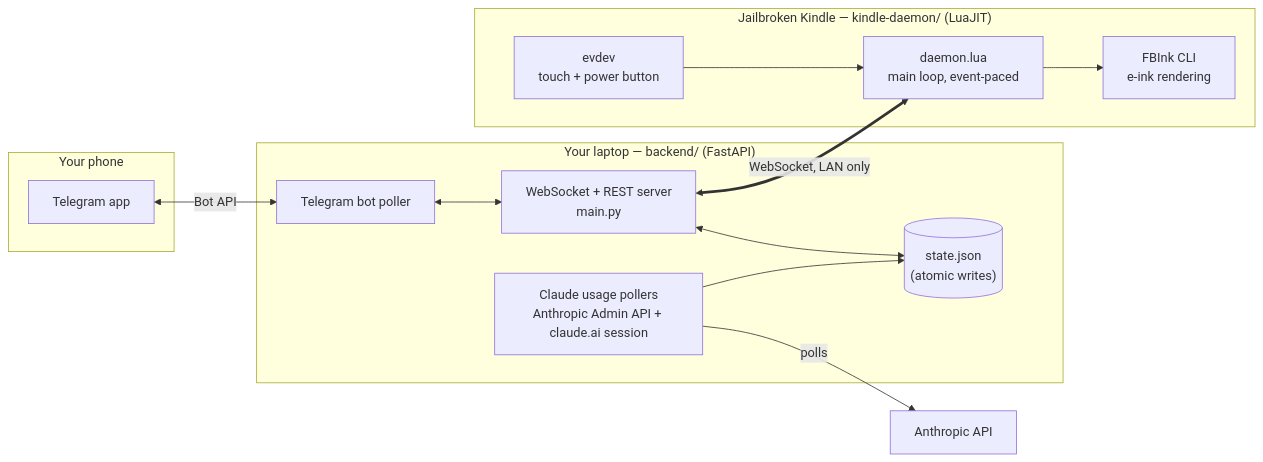
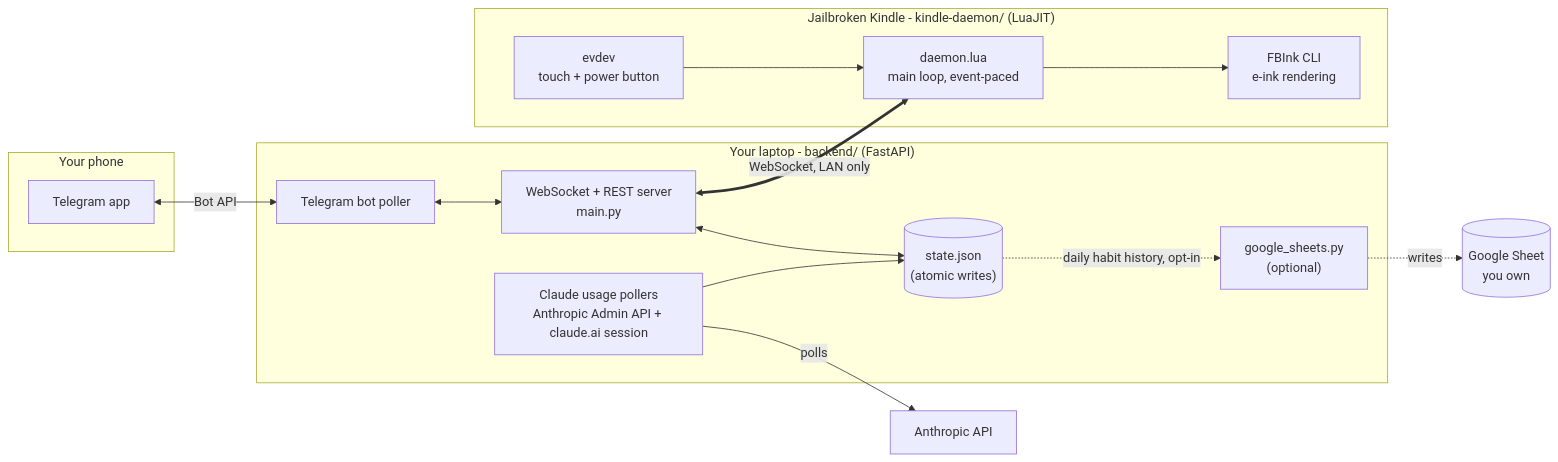
Before and after one commit to deckerwastaken/Kindle-Personal-Dashboard: the diagram in README.md, drawn with Mermaid. The commit also changed other lines of this file and 28 other files, not shown here.

````diff
--- a/README.md
+++ b/README.md
@@ -46,28 +49,31 @@
 ```mermaid
 flowchart LR
     subgraph Phone["Your phone"]
         TG["Telegram app"]
     end
 
-    subgraph Laptop["Your laptop — backend/ (FastAPI)"]
+    subgraph Laptop["Your laptop - backend/ (FastAPI)"]
         BOT["Telegram bot poller"]
         API["WebSocket + REST server\nmain.py"]
         USAGE["Claude usage pollers\nAnthropic Admin API + claude.ai session"]
+        SHEETS["google_sheets.py\n(optional)"]
         STATE[("state.json\n(atomic writes)")]
     end
 
-    subgraph Kindle["Jailbroken Kindle — kindle-daemon/ (LuaJIT)"]
+    subgraph Kindle["Jailbroken Kindle - kindle-daemon/ (LuaJIT)"]
         DAEMON["daemon.lua\nmain loop, event-paced"]
         FBINK["FBInk CLI\ne-ink rendering"]
         EVDEV["evdev\ntouch + power button"]
     end
 
     TG <-->|Bot API| BOT
     BOT <--> API
     API <--> STATE
     USAGE -->|polls| ANTH["Anthropic API"]
     USAGE --> STATE
+    STATE -.->|daily habit history, opt-in| SHEETS
+    SHEETS -.->|writes| SHEET[("Google Sheet\nyou own")]
     API <==>|WebSocket, LAN only| DAEMON
     DAEMON --> FBINK
     EVDEV --> DAEMON
 ```
````
